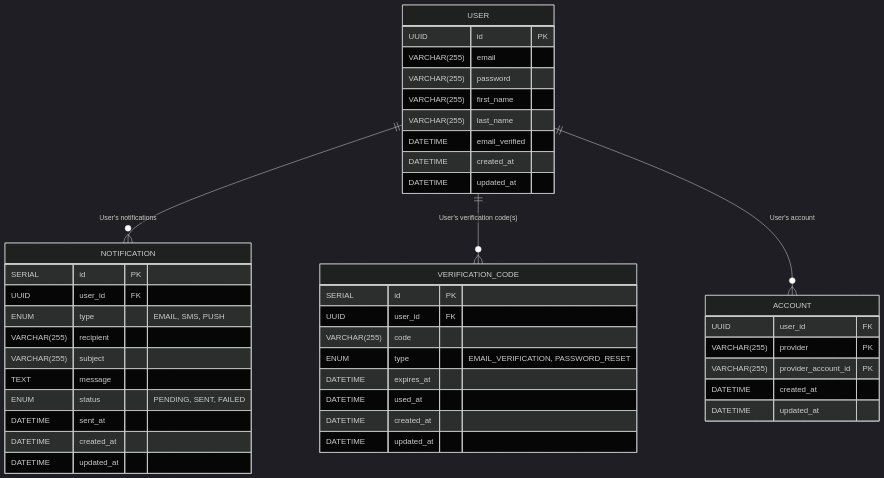
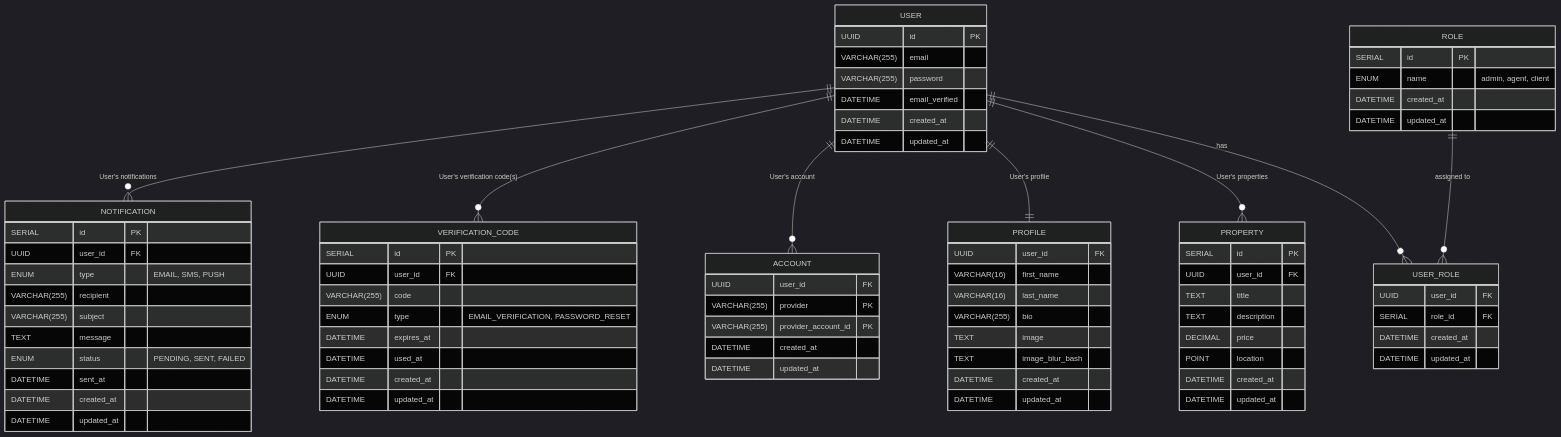
Before and after one commit to Al-Ghoul/RealEstate-API: the diagram in app/src/db/README.md, drawn with Mermaid.

Commit message:
docs(db): add profile, property, role & user_role schemas

````diff
--- a/app/src/db/README.md
+++ b/app/src/db/README.md
@@ -9,13 +9,17 @@
 USER ||--o{ NOTIFICATION : "User's notifications"
 USER ||--o{ VERIFICATION_CODE : "User's verification code(s)"
 USER ||--o{ ACCOUNT : "User's account"
+USER ||--|| PROFILE : "User's profile"
+USER ||--o{ PROPERTY : "User's properties"
+
+USER ||--o{ USER_ROLE : "has"
+ROLE ||--o{ USER_ROLE : "assigned to"
+
 
 USER {
     UUID id PK
     VARCHAR(255) email
     VARCHAR(255) password
-    VARCHAR(255) first_name
-    VARCHAR(255) last_name
     DATETIME email_verified
     DATETIME created_at
     DATETIME updated_at
@@ -53,4 +57,40 @@
     DATETIME updated_at
 }
 
+PROFILE {
+    UUID user_id FK
+    VARCHAR(16) first_name
+    VARCHAR(16) last_name
+    VARCHAR(255) bio
+    TEXT image
+    TEXT image_blur_bash
+    DATETIME created_at
+    DATETIME updated_at
+}
+
+ROLE {
+    SERIAL id PK
+    ENUM name "admin, agent, client"
+    DATETIME created_at
+    DATETIME updated_at
+}
+
+USER_ROLE {
+    UUID user_id FK
+    SERIAL role_id FK
+    DATETIME created_at
+    DATETIME updated_at
+}
+
+PROPERTY {
+    SERIAL id PK
+    UUID user_id FK
+    TEXT title
+    TEXT description
+    DECIMAL price
+    POINT location
+    DATETIME created_at
+    DATETIME updated_at
+}
+
 ```
````
